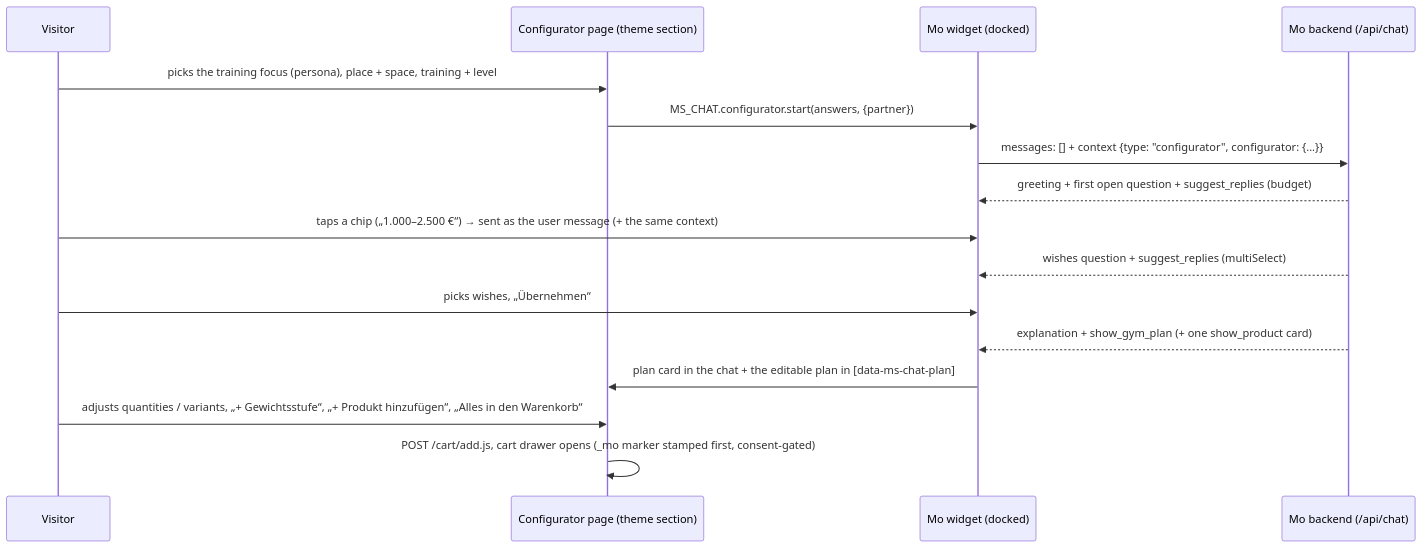
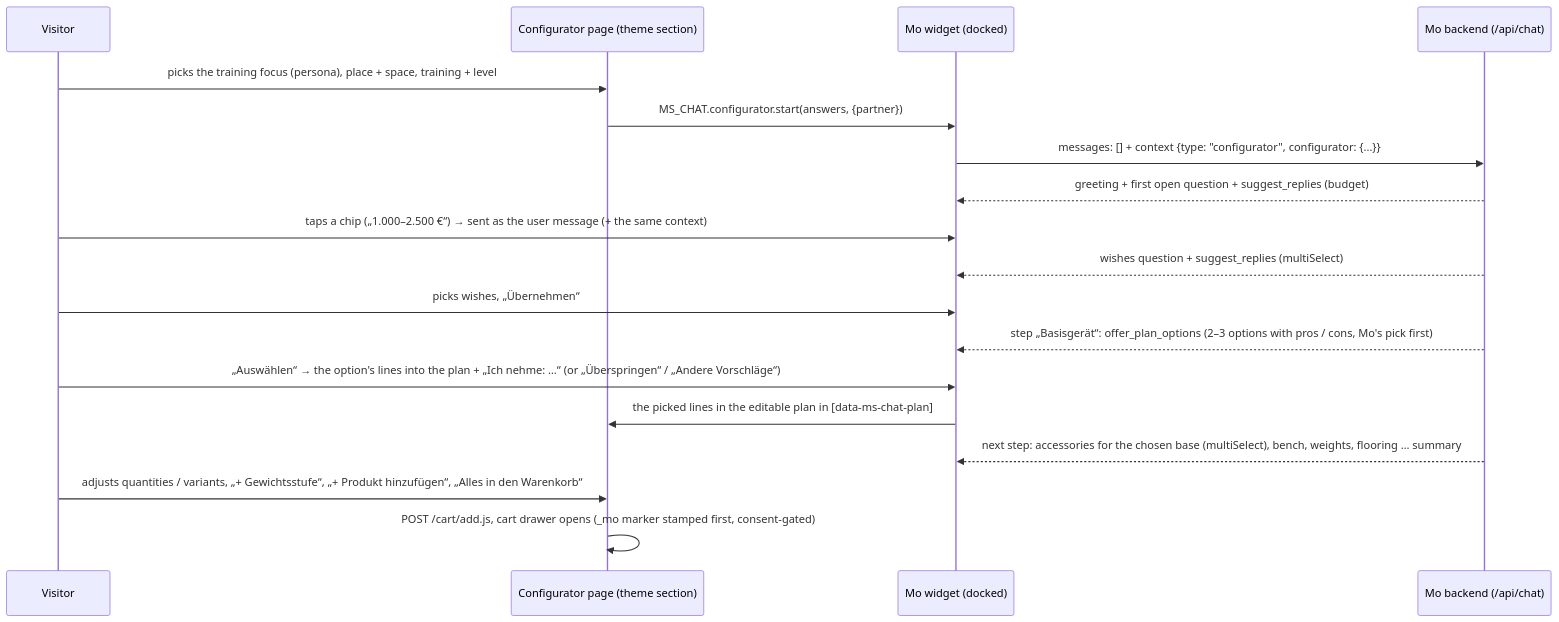
Before and after one commit to 4motionsports-GmbH/mo: the diagram in docs/CONFIGURATOR.md, drawn with Mermaid. The commit also changed other lines of this file and 8 other files, not shown here.

````diff
--- a/docs/CONFIGURATOR.md
+++ b/docs/CONFIGURATOR.md
@@ -13,18 +15,20 @@
 ```mermaid
 sequenceDiagram
   participant V as Visitor
   participant P as Configurator page (theme section)
   participant W as Mo widget (docked)
   participant B as Mo backend (/api/chat)
   V->>P: picks the training focus (persona), place + space, training + level
   P->>W: MS_CHAT.configurator.start(answers, {partner})
   W->>B: messages: [] + context {type: "configurator", configurator: {...}}
   B-->>W: greeting + first open question + suggest_replies (budget)
   V->>W: taps a chip („1.000–2.500 €“) → sent as the user message (+ the same context)
   B-->>W: wishes question + suggest_replies (multiSelect)
   V->>W: picks wishes, „Übernehmen“
-  B-->>W: explanation + show_gym_plan (+ one show_product card)
-  W->>P: plan card in the chat + the editable plan in [data-ms-chat-plan]
+  B-->>W: step „Basisgerät“: offer_plan_options (2–3 options with pros / cons, Mo's pick first)
+  V->>W: „Auswählen“ → the option's lines into the plan + „Ich nehme: …“ (or „Überspringen“ / „Andere Vorschläge“)
+  W->>P: the picked lines in the editable plan in [data-ms-chat-plan]
+  B-->>W: next step: accessories for the chosen base (multiSelect), bench, weights, flooring … summary
   V->>P: adjusts quantities / variants, „+ Gewichtsstufe“, „+ Produkt hinzufügen“, „Alles in den Warenkorb“
   P->>P: POST /cart/add.js, cart drawer opens (_mo marker stamped first, consent-gated)
 ```
````
